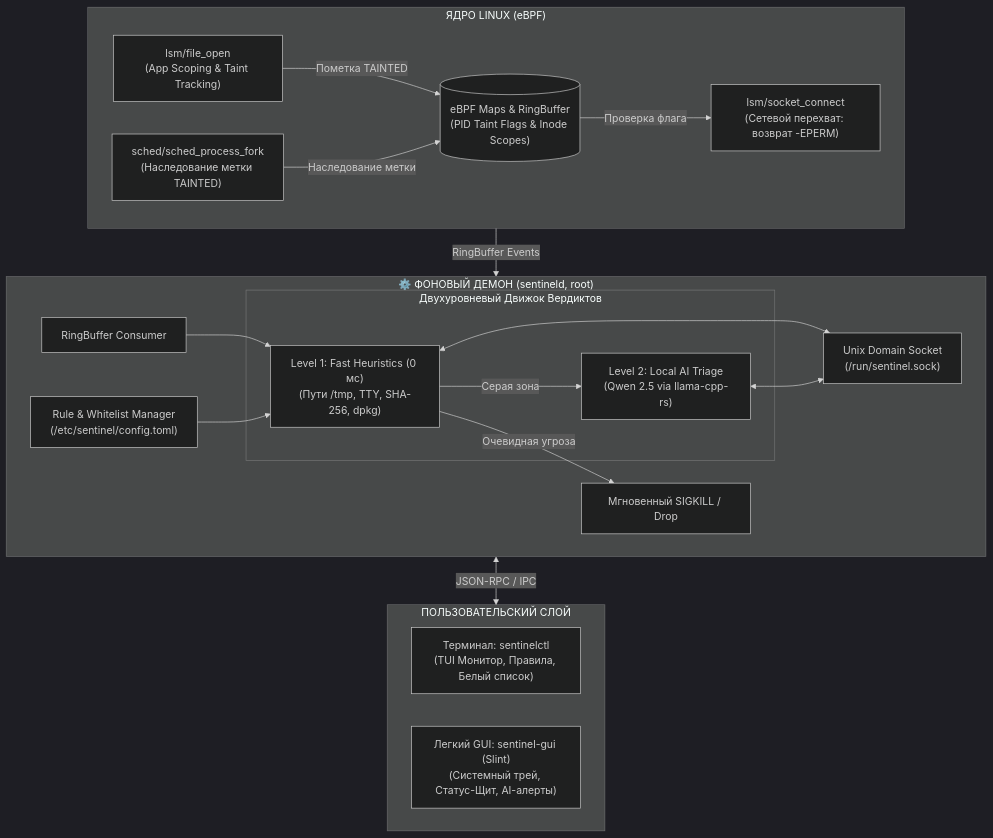
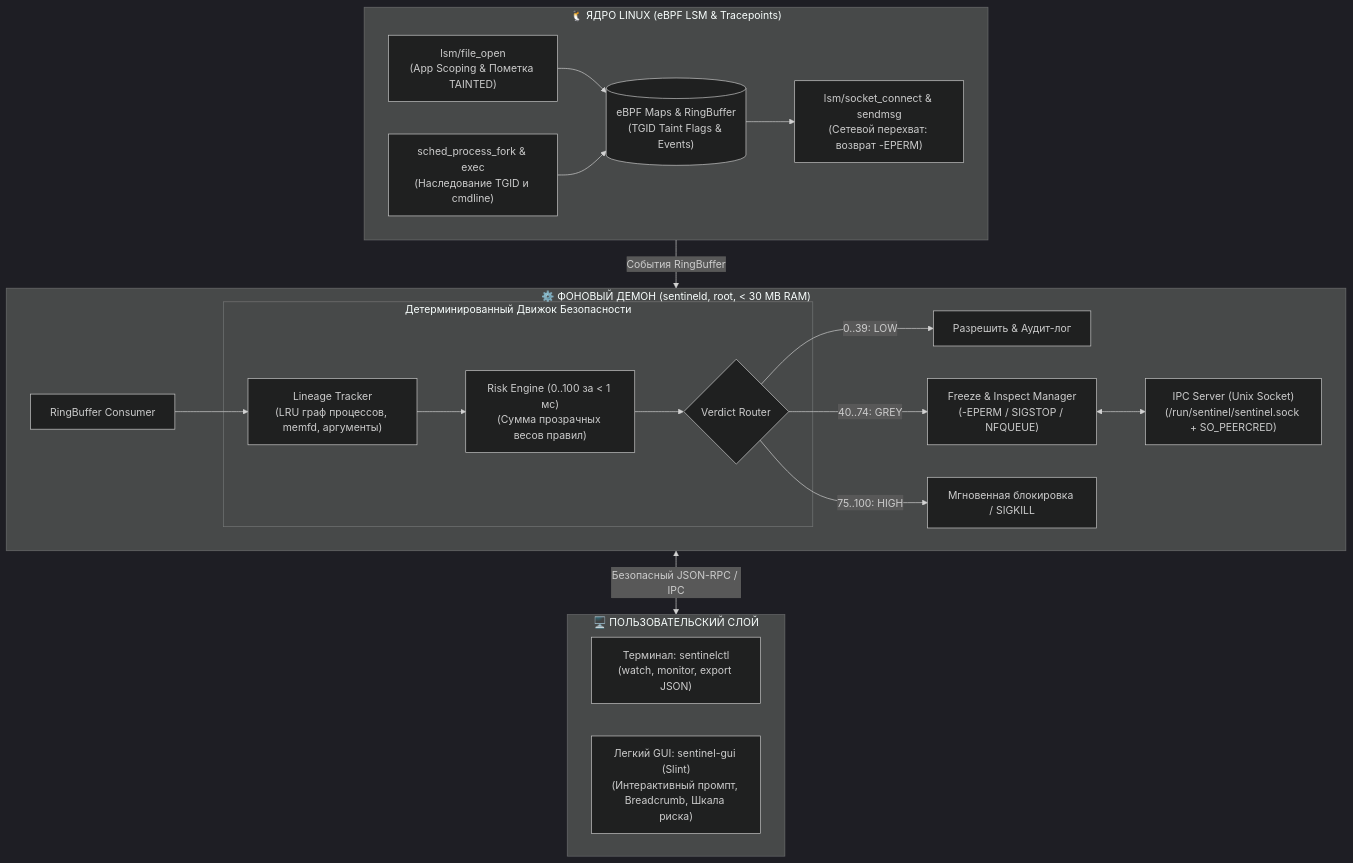
The diagram in README.md (woifik560/sentinel-rs), drawn with Mermaid (dark theme) before and after one commit. The commit also changed other lines of this file and 5 other files, not shown here.

Commit message:
feat(v2): implement deterministic lineage and interactive context prompt architecture without embedded LLM

````diff
--- a/README.md
+++ b/README.md
@@ -46,40 +60,43 @@
 ```mermaid
 flowchart TD
-    subgraph Kernel[" ЯДРО LINUX (eBPF)"]
-        LSM_FILE["lsm/file_open<br/>(App Scoping & Taint Tracking)"]
-        FORK["sched/sched_process_fork<br/>(Наследование метки TAINTED)"]
-        LSM_NET["lsm/socket_connect<br/>(Сетевой перехват: возврат -EPERM)"]
-        MAPS[("eBPF Maps & RingBuffer<br/>(PID Taint Flags & Inode Scopes)")]
+    subgraph Kernel["🐧 ЯДРО LINUX (eBPF LSM & Tracepoints)"]
+        LSM_FILE["lsm/file_open<br/>(App Scoping & Пометка TAINTED)"]
+        SCHED_FORK["sched_process_fork & exec<br/>(Наследование TGID и cmdline)"]
+        LSM_NET["lsm/socket_connect & sendmsg<br/>(Сетевой перехват: возврат -EPERM)"]
+        MAPS[("eBPF Maps & RingBuffer<br/>(TGID Taint Flags & Events)")]
         
-        LSM_FILE -->|Пометка TAINTED| MAPS
-        FORK -->|Наследование метки| MAPS
-        MAPS -->|Проверка флага| LSM_NET
+        LSM_FILE --> MAPS
+        SCHED_FORK --> MAPS
+        MAPS --> LSM_NET
     end
 
-    subgraph Daemon["⚙️ ФОНОВЫЙ ДЕМОН (sentineld, root)"]
+    subgraph Daemon["⚙️ ФОНОВЫЙ ДЕМОН (sentineld, root, < 30 MB RAM)"]
         RING_BUF["RingBuffer Consumer"]
         
-        subgraph TieredEngine["Двухуровневый Движок Вердиктов"]
-            L1["Level 1: Fast Heuristics (0 мс)<br/>(Пути /tmp, TTY, SHA-256, dpkg)"]
-            L2["Level 2: Local AI Triage<br/>(Qwen 2.5 via llama-cpp-rs)"]
+        subgraph Engine["Детерминированный Движок Безопасности"]
+            LINEAGE["Lineage Tracker<br/>(LRU граф процессов, memfd, аргументы)"]
+            RISK["Risk Engine (0..100 за < 1 мс)<br/>(Сумма прозрачных весов правил)"]
+            ROUTER{"Verdict Router"}
         end
+
+        IPC_SOCK["IPC Server (Unix Socket)<br/>(/run/sentinel/sentinel.sock + SO_PEERCRED)"]
+
+        RING_BUF --> LINEAGE
+        LINEAGE --> RISK
+        RISK --> ROUTER
         
-        CONFIG["Rule & Whitelist Manager<br/>(/etc/sentinel/config.toml)"]
-        IPC_SOCK["Unix Domain Socket<br/>(/run/sentinel.sock)"]
+        ROUTER -->|0..39: LOW| ALLOW["Разрешить & Аудит-лог"]
+        ROUTER -->|40..74: GREY| PROMPT_MGR["Freeze & Inspect Manager<br/>(-EPERM / SIGSTOP / NFQUEUE)"]
+        ROUTER -->|75..100: HIGH| BLOCK["Мгновенная блокировка / SIGKILL"]
 
-        RING_BUF --> L1
-        L1 -->|Очевидная угроза| KILL["Мгновенный SIGKILL / Drop"]
-        L1 -->|Серая зона| L2
-        CONFIG --> L1
-        L1 <--> IPC_SOCK
-        L2 <--> IPC_SOCK
+        PROMPT_MGR <--> IPC_SOCK
     end
 
-    subgraph Clients[" ПОЛЬЗОВАТЕЛЬСКИЙ СЛОЙ"]
-        CLI["Терминал: sentinelctl<br/>(TUI Монитор, Правила, Белый список)"]
-        GUI["Легкий GUI: sentinel-gui (Slint)<br/>(Системный трей, Статус-Щит, AI-алерты)"]
+    subgraph Clients["🖥️ ПОЛЬЗОВАТЕЛЬСКИЙ СЛОЙ"]
+        CLI["Терминал: sentinelctl<br/>(watch, monitor, export JSON)"]
+        GUI["Легкий GUI: sentinel-gui (Slint)<br/>(Интерактивный промпт, Breadcrumb, Шкала риска)"]
     end
 
-    Kernel -->|RingBuffer Events| Daemon
-    Daemon <-->|JSON-RPC / IPC| Clients
+    Kernel -->|События RingBuffer| Daemon
+    Daemon <-->|Безопасный JSON-RPC / IPC| Clients
 ```
````
